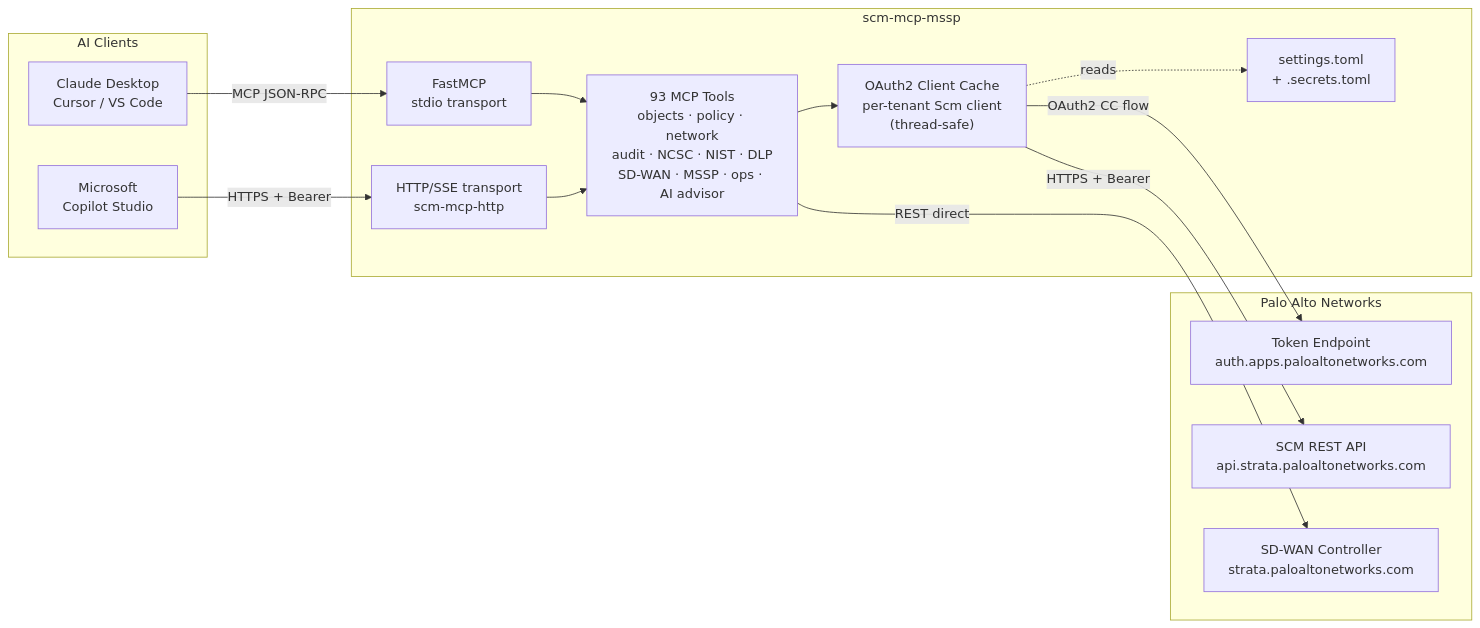
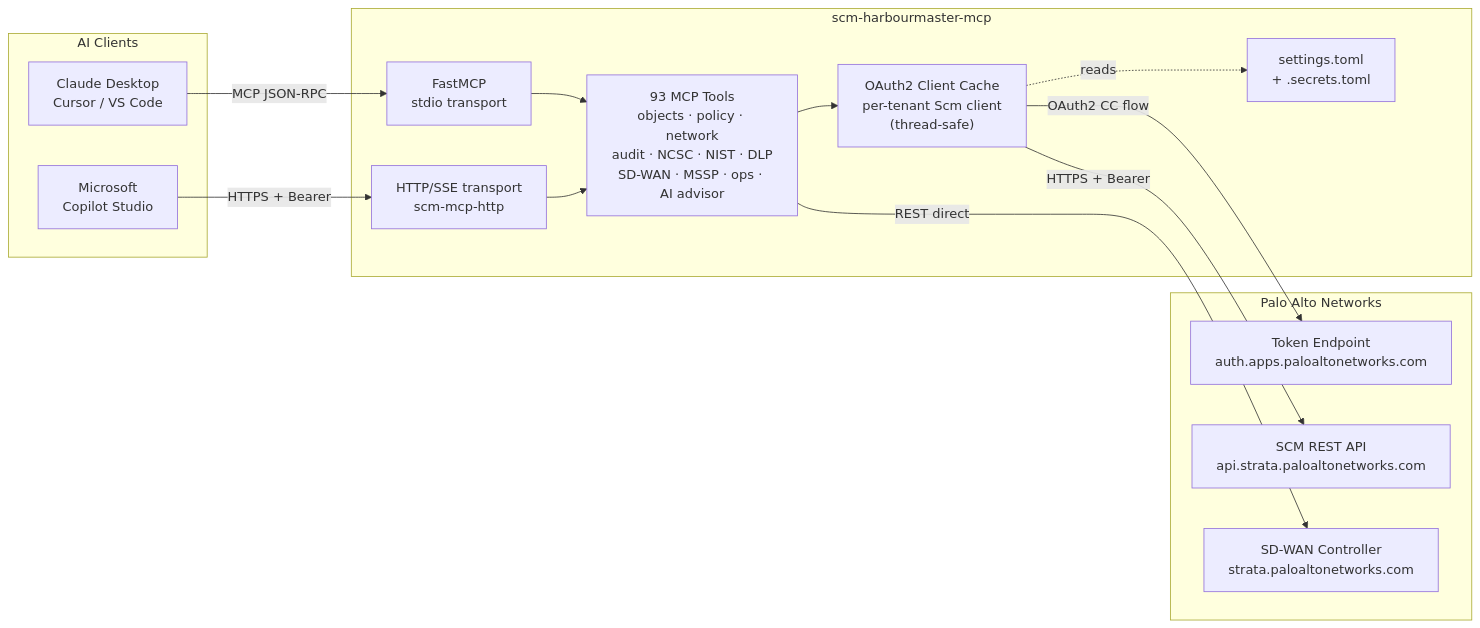
One commit to silverbacksecurity/scm-harbourmaster-mcp changed the first of 4 diagrams in README.md. Above: the diagram before and after it, drawn with Mermaid. The commit also changed other lines of this file and 168 other files, not shown here.

First line of the commit message:
refactor: rename package to scm-harbourmaster-mcp

````diff
--- a/README.md
+++ b/README.md
@@ -69,30 +69,30 @@
 ```mermaid
 graph LR
     subgraph clients["AI Clients"]
         claude["Claude Desktop\nCursor / VS Code"]
         copilot["Microsoft\nCopilot Studio"]
     end
 
-    subgraph server["scm-mcp-mssp"]
+    subgraph server["scm-harbourmaster-mcp"]
         stdio["FastMCP\nstdio transport"]
         http["HTTP/SSE transport\nscm-mcp-http"]
         tools["93 MCP Tools\nobjects · policy · network\naudit · NCSC · NIST · DLP\nSD-WAN · MSSP · ops · AI advisor"]
         cache["OAuth2 Client Cache\nper-tenant Scm client\n(thread-safe)"]
         cfg["settings.toml\n+ .secrets.toml"]
     end
 
     subgraph pan["Palo Alto Networks"]
         tok["Token Endpoint\nauth.apps.paloaltonetworks.com"]
         scm["SCM REST API\napi.strata.paloaltonetworks.com"]
         sdwan["SD-WAN Controller\nstrata.paloaltonetworks.com"]
     end
 
     claude -->|"MCP JSON-RPC"| stdio
     copilot -->|"HTTPS + Bearer"| http
     stdio & http --> tools
     tools --> cache
     cache -.->|reads| cfg
     cache -->|"OAuth2 CC flow"| tok
     cache -->|"HTTPS + Bearer"| scm
     tools -->|"REST direct"| sdwan
 ```
````
